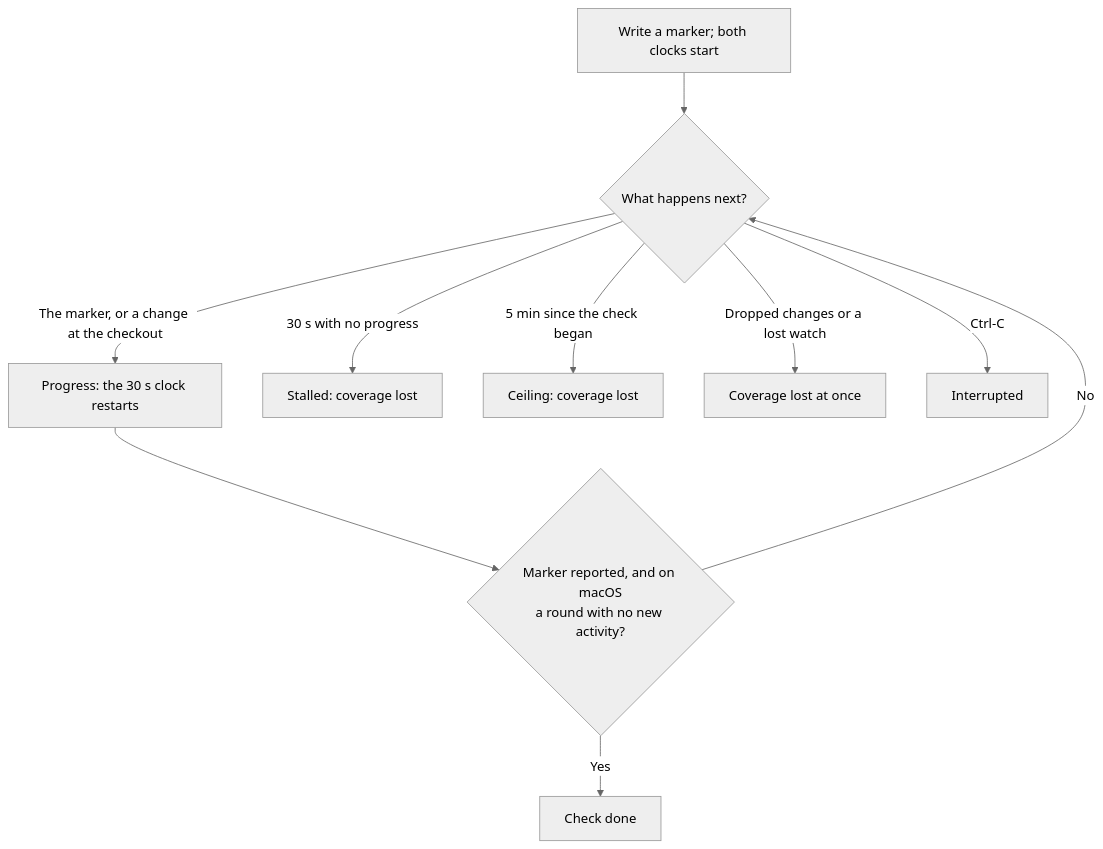
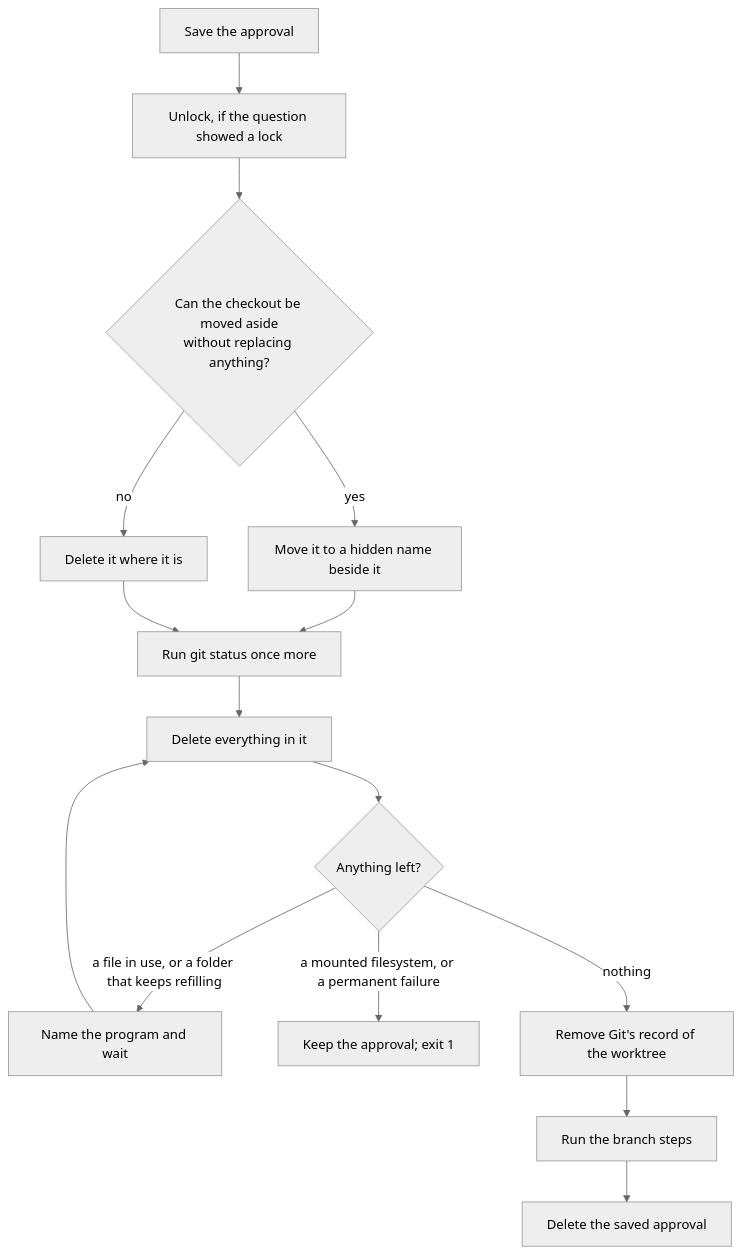
Before and after one commit to yankeeinlondon/rusty-biscuit: the second of 3 diagrams in worktree/docs/cli/remove.md, drawn with Mermaid (neutral theme). The commit also changed other lines of this file and 11 other files, not shown here.

````diff
--- a/worktree/docs/cli/remove.md
+++ b/worktree/docs/cli/remove.md
@@ -269,12 +156,17 @@
 ```mermaid
 flowchart TD
-    S[Write a marker; both clocks start] --> E{What happens next?}
-    E -->|The marker, or a change at the checkout| G[Progress: the 30 s clock restarts]
-    G --> D{Marker reported, and on macOS<br/>a round with no new activity?}
-    D -->|Yes| OK[Check done]
-    D -->|No| E
-    E -->|30 s with no progress| ST[Stalled: coverage lost]
-    E -->|5 min since the check began| CE[Ceiling: coverage lost]
-    E -->|Dropped changes or a lost watch| L[Coverage lost at once]
-    E -->|Ctrl-C| I[Interrupted]
+  A[Save the approval] --> B[Unlock, if the question showed a lock]
+  B --> C{Can the checkout be moved aside<br/>without replacing anything?}
+  C -- yes --> M[Move it to a hidden name beside it]
+  C -- no --> I[Delete it where it is]
+  M --> S[Run git status once more]
+  I --> S
+  S --> D[Delete everything in it]
+  D --> E{Anything left?}
+  E -- a file in use, or a folder that keeps refilling --> W[Name the program and wait]
+  W --> D
+  E -- a mounted filesystem, or a permanent failure --> K[Keep the approval; exit 1]
+  E -- nothing --> G[Remove Git's record of the worktree]
+  G --> H[Run the branch steps]
+  H --> F[Delete the saved approval]
 ```
````
